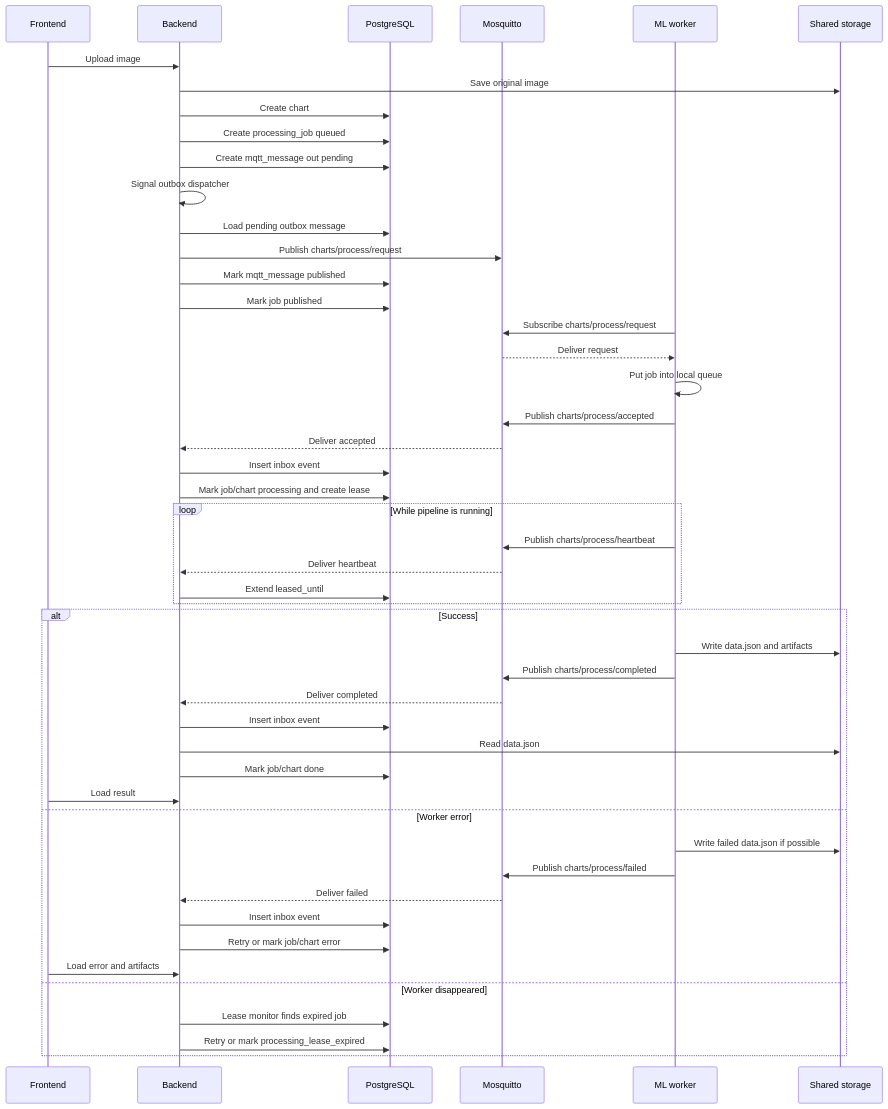
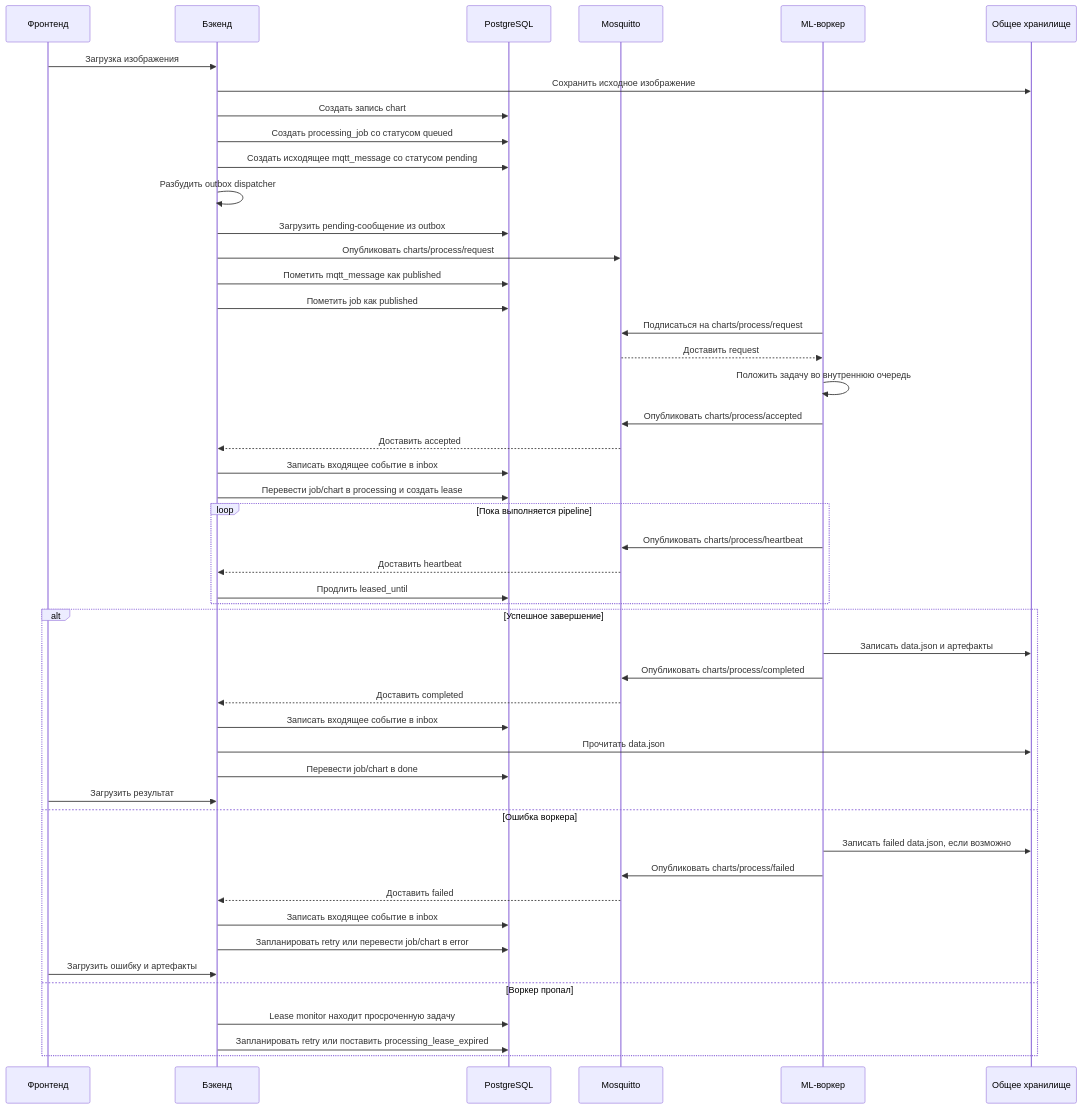
Before and after one commit to NikitaUwu/diplom-work: the diagram in docs/mqtt-processing-flow.md, drawn with Mermaid.

Commit message:
Translate MQTT diagram labels

````diff
--- a/docs/mqtt-processing-flow.md
+++ b/docs/mqtt-processing-flow.md
@@ -952,55 +952,55 @@
 ```mermaid
 sequenceDiagram
-    participant FE as Frontend
-    participant BE as Backend
+    participant FE as Фронтенд
+    participant BE as Бэкенд
     participant DB as PostgreSQL
     participant MQTT as Mosquitto
-    participant W as ML worker
-    participant FS as Shared storage
+    participant W as ML-воркер
+    participant FS as Общее хранилище
 
-    FE->>BE: Upload image
-    BE->>FS: Save original image
-    BE->>DB: Create chart
-    BE->>DB: Create processing_job queued
-    BE->>DB: Create mqtt_message out pending
-    BE->>BE: Signal outbox dispatcher
+    FE->>BE: Загрузка изображения
+    BE->>FS: Сохранить исходное изображение
+    BE->>DB: Создать запись chart
+    BE->>DB: Создать processing_job со статусом queued
+    BE->>DB: Создать исходящее mqtt_message со статусом pending
+    BE->>BE: Разбудить outbox dispatcher
 
-    BE->>DB: Load pending outbox message
-    BE->>MQTT: Publish charts/process/request
-    BE->>DB: Mark mqtt_message published
-    BE->>DB: Mark job published
+    BE->>DB: Загрузить pending-сообщение из outbox
+    BE->>MQTT: Опубликовать charts/process/request
+    BE->>DB: Пометить mqtt_message как published
+    BE->>DB: Пометить job как published
 
-    W->>MQTT: Subscribe charts/process/request
-    MQTT-->>W: Deliver request
-    W->>W: Put job into local queue
-    W->>MQTT: Publish charts/process/accepted
-    MQTT-->>BE: Deliver accepted
-    BE->>DB: Insert inbox event
-    BE->>DB: Mark job/chart processing and create lease
+    W->>MQTT: Подписаться на charts/process/request
+    MQTT-->>W: Доставить request
+    W->>W: Положить задачу во внутреннюю очередь
+    W->>MQTT: Опубликовать charts/process/accepted
+    MQTT-->>BE: Доставить accepted
+    BE->>DB: Записать входящее событие в inbox
+    BE->>DB: Перевести job/chart в processing и создать lease
 
-    loop While pipeline is running
-        W->>MQTT: Publish charts/process/heartbeat
-        MQTT-->>BE: Deliver heartbeat
-        BE->>DB: Extend leased_until
+    loop Пока выполняется pipeline
+        W->>MQTT: Опубликовать charts/process/heartbeat
+        MQTT-->>BE: Доставить heartbeat
+        BE->>DB: Продлить leased_until
     end
 
-    alt Success
-        W->>FS: Write data.json and artifacts
-        W->>MQTT: Publish charts/process/completed
-        MQTT-->>BE: Deliver completed
-        BE->>DB: Insert inbox event
-        BE->>FS: Read data.json
-        BE->>DB: Mark job/chart done
-        FE->>BE: Load result
-    else Worker error
-        W->>FS: Write failed data.json if possible
-        W->>MQTT: Publish charts/process/failed
-        MQTT-->>BE: Deliver failed
-        BE->>DB: Insert inbox event
-        BE->>DB: Retry or mark job/chart error
-        FE->>BE: Load error and artifacts
-    else Worker disappeared
-        BE->>DB: Lease monitor finds expired job
-        BE->>DB: Retry or mark processing_lease_expired
+    alt Успешное завершение
+        W->>FS: Записать data.json и артефакты
+        W->>MQTT: Опубликовать charts/process/completed
+        MQTT-->>BE: Доставить completed
+        BE->>DB: Записать входящее событие в inbox
+        BE->>FS: Прочитать data.json
+        BE->>DB: Перевести job/chart в done
+        FE->>BE: Загрузить результат
+    else Ошибка воркера
+        W->>FS: Записать failed data.json, если возможно
+        W->>MQTT: Опубликовать charts/process/failed
+        MQTT-->>BE: Доставить failed
+        BE->>DB: Записать входящее событие в inbox
+        BE->>DB: Запланировать retry или перевести job/chart в error
+        FE->>BE: Загрузить ошибку и артефакты
+    else Воркер пропал
+        BE->>DB: Lease monitor находит просроченную задачу
+        BE->>DB: Запланировать retry или поставить processing_lease_expired
     end
 ```
````
